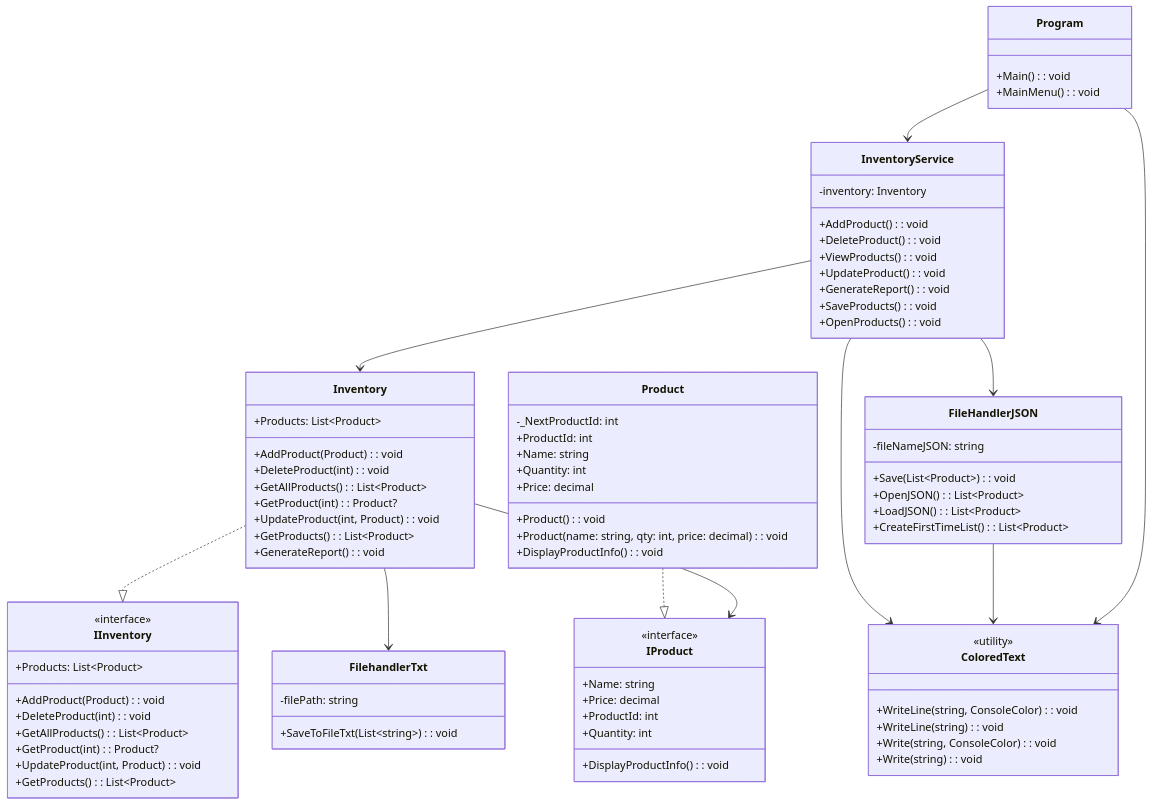
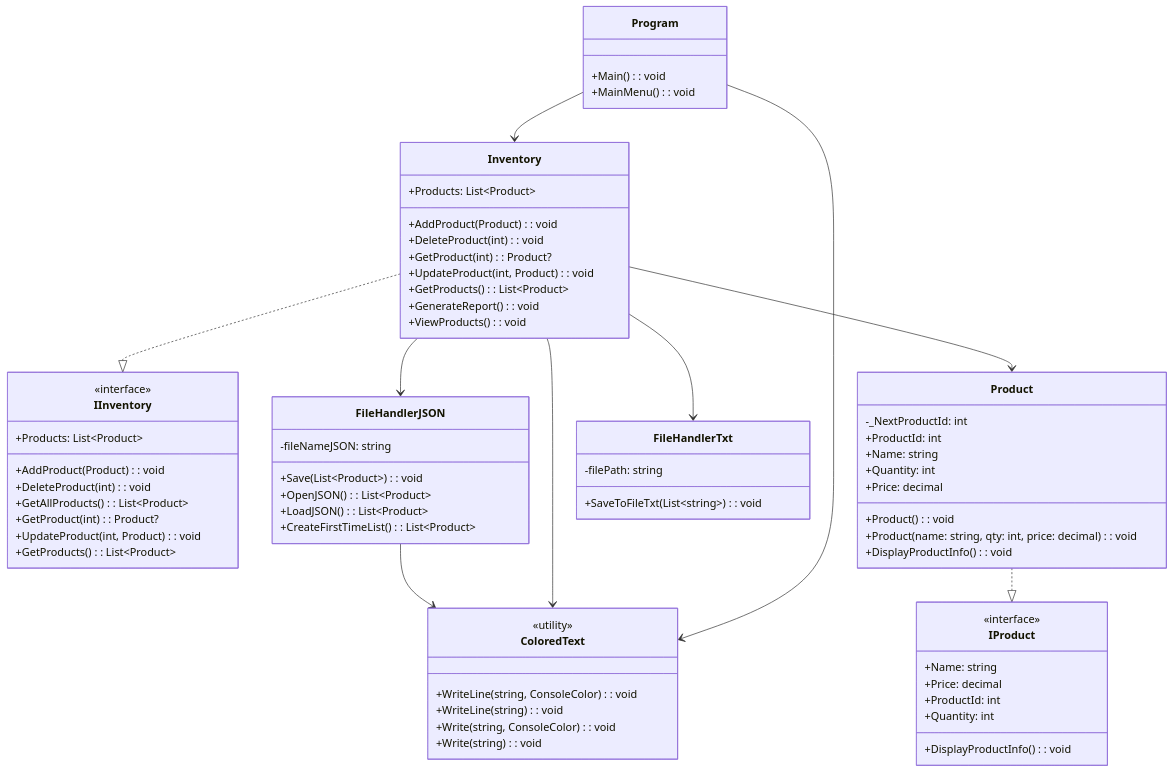
Before and after one commit to Spacebearswe/InventoryManagementSystem: the first of 2 diagrams in README.md, drawn with Mermaid. The commit also changed other lines of this file, not shown here.

````diff
--- a/README.md
+++ b/README.md
@@ -43,81 +43,70 @@
 ```mermaid 
 classDiagram
-Program --> InventoryService
-InventoryService --> Inventory
-InventoryService --> ColoredText
-InventoryService --> FileHandlerJSON
+Program --> Inventory
 Inventory ..|> IInventory
 Product ..|> IProduct
 FileHandlerJSON --> ColoredText
-Inventory --> FilehandlerTxt
-Inventory --> IProduct
+Inventory --> FileHandlerTxt
+Inventory --> FileHandlerJSON
+Inventory --> ColoredText
+Inventory --> Product
 Program --> ColoredText
 
 class Program {
   +Main(): void
   +MainMenu(): void
-}
-class InventoryService {
-  -inventory: Inventory
-  +AddProduct(): void
-  +DeleteProduct(): void
-  +ViewProducts(): void
-  +UpdateProduct(): void
-  +GenerateReport(): void
-  +SaveProducts(): void
-  +OpenProducts(): void
 }
 class IInventory <<interface>> {
   +Products: List~Product~
   +AddProduct(Product): void
   +DeleteProduct(int): void
   +GetAllProducts(): List~Product~
   +GetProduct(int): Product?
   +UpdateProduct(int, Product): void
   +GetProducts(): List~Product~
 }
 class Inventory {
   +Products: List~Product~
   +AddProduct(Product): void
   +DeleteProduct(int): void
-  +GetAllProducts(): List~Product~
   +GetProduct(int): Product?
   +UpdateProduct(int, Product): void
   +GetProducts(): List~Product~
   +GenerateReport(): void
+  +ViewProducts(): void
 }
 class IProduct <<interface>> {
   +Name: string
   +Price: decimal
   +ProductId: int
   +Quantity: int
   +DisplayProductInfo(): void
 }
 class Product {
   -_NextProductId: int
   +ProductId: int
   +Name: string
   +Quantity: int
   +Price: decimal
   +Product(): void
   +Product(name: string, qty: int, price: decimal): void
   +DisplayProductInfo(): void
 }
 class FileHandlerJSON {
   -fileNameJSON: string
   +Save(List~Product~): void
   +OpenJSON(): List~Product~
   +LoadJSON(): List~Product~
   +CreateFirstTimeList(): List~Product~
 }
-class FilehandlerTxt {
+class FileHandlerTxt {
   -filePath: string
   +SaveToFileTxt(List~string~): void
 }
 class ColoredText <<utility>> {
   +WriteLine(string, ConsoleColor): void
   +WriteLine(string): void
   +Write(string, ConsoleColor): void
   +Write(string): void
 }
 ```
````
